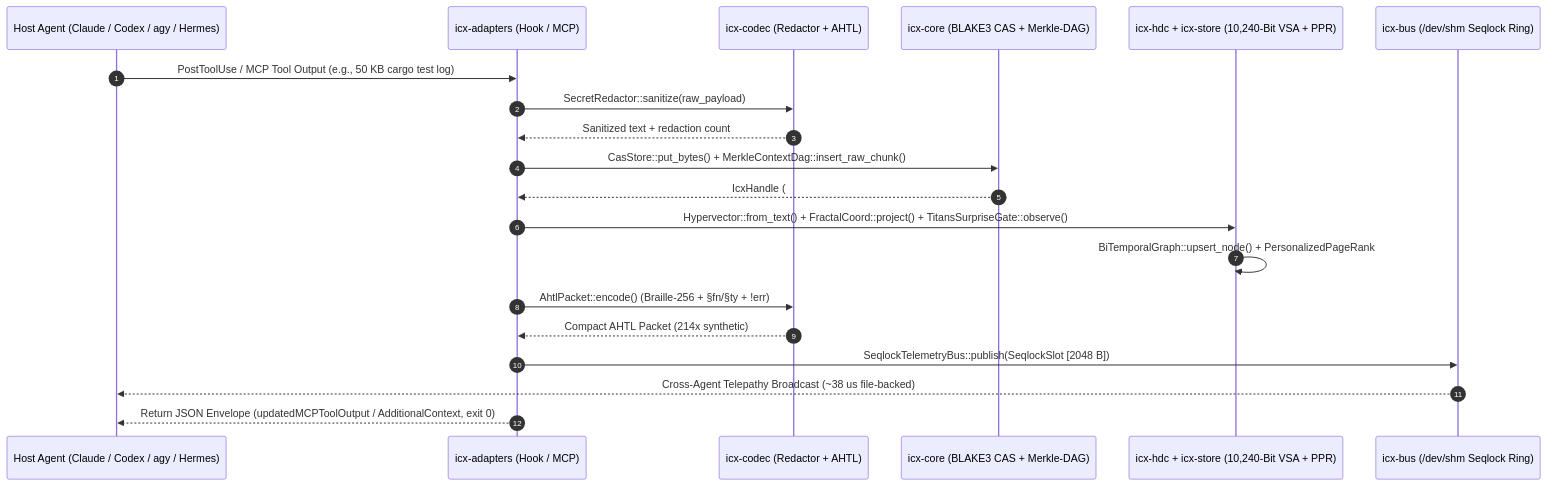
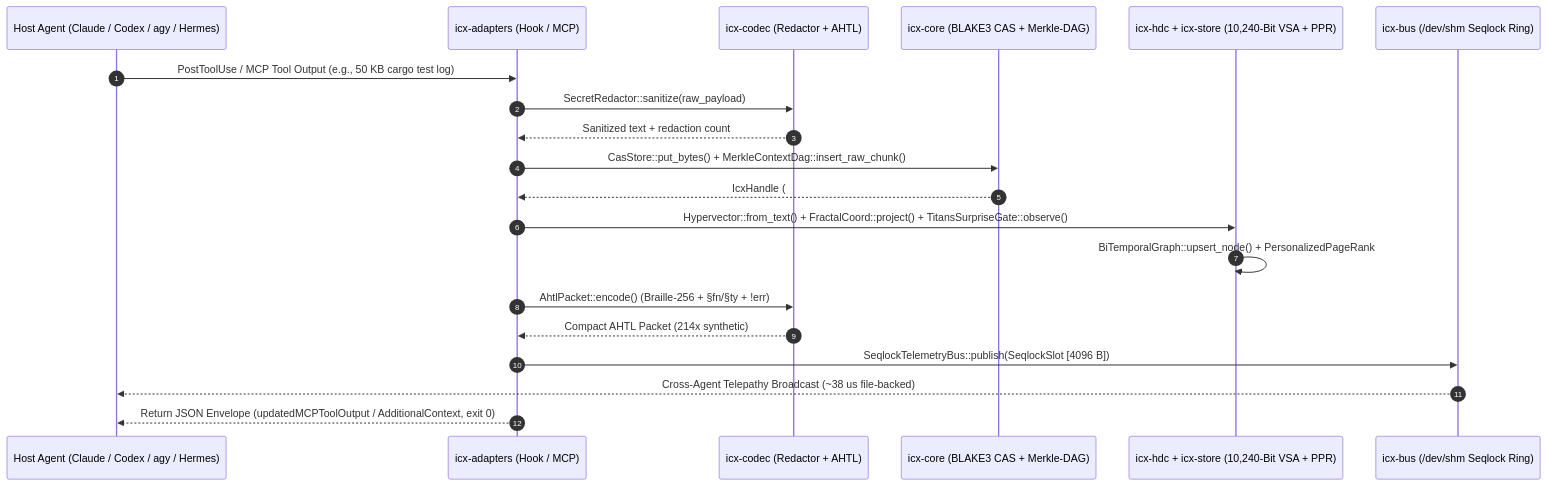
Before and after one commit to doublegate/Infinity-Context: the diagram in docs/diagrams/synchronous-hook-and-shm-flow.mmd, drawn with Mermaid. The commit also changed 12 other files, not shown here.

```diff
--- a/docs/diagrams/synchronous-hook-and-shm-flow.mmd
+++ b/docs/diagrams/synchronous-hook-and-shm-flow.mmd
@@ -1,21 +1,21 @@
 sequenceDiagram
   autonumber
   participant Agent as Host Agent (Claude / Codex / agy / Hermes)
   participant Hook as icx-adapters (Hook / MCP)
   participant Codec as icx-codec (Redactor + AHTL)
   participant DAG as icx-core (BLAKE3 CAS + Merkle-DAG)
   participant HDC as icx-hdc + icx-store (10,240-Bit VSA + PPR)
   participant SHM as icx-bus (/dev/shm Seqlock Ring)
 
   Agent->>Hook: PostToolUse / MCP Tool Output (e.g., 50 KB cargo test log)
   Hook->>Codec: SecretRedactor::sanitize(raw_payload)
   Codec-->>Hook: Sanitized text + redaction count
   Hook->>DAG: CasStore::put_bytes() + MerkleContextDag::insert_raw_chunk()
   DAG-->>Hook: IcxHandle (#icx:7bf8239fb7c504f1)
   Hook->>HDC: Hypervector::from_text() + FractalCoord::project() + TitansSurpriseGate::observe()
   HDC->>HDC: BiTemporalGraph::upsert_node() + PersonalizedPageRank
   Hook->>Codec: AhtlPacket::encode() (Braille-256 + §fn/§ty + !err)
   Codec-->>Hook: Compact AHTL Packet (214x synthetic)
-  Hook->>SHM: SeqlockTelemetryBus::publish(SeqlockSlot [2048 B])
+  Hook->>SHM: SeqlockTelemetryBus::publish(SeqlockSlot [4096 B])
   SHM-->>Agent: Cross-Agent Telepathy Broadcast (~38 us file-backed)
   Hook-->>Agent: Return JSON Envelope (updatedMCPToolOutput / AdditionalContext, exit 0)
```
